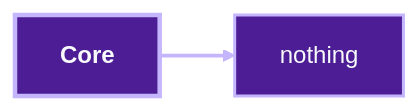
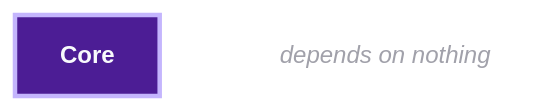
Diagram 17 of 42 in docs/architecture/system-dependencies.md (chetjones003/GoSurvey), drawn with Mermaid before and after one commit. The commit also changed other lines of this file and 3 other files, not shown here.

First line of the commit message:
tools: structure diagram generator and check it in CI

````diff
--- a/docs/architecture/system-dependencies.md
+++ b/docs/architecture/system-dependencies.md
@@ -450,9 +452,9 @@
 ```mermaid
 flowchart LR
   core__src["<b>Core</b>"]
-  core__none["nothing"]
-  core__src --> core__none
+  core__note["<i>depends on nothing</i>"]
+  core__src ~~~ core__note
   style core__src fill:#4c1d95,stroke:#c4b5fd,stroke-width:3px,color:#f8fafc
-  style core__none fill:#4c1d95,stroke:#c4b5fd,stroke-width:2px,color:#f8fafc
-  linkStyle 0 stroke:#c4b5fd,stroke-width:2.5px
+  style core__note fill:none,stroke:none,color:#a1a1aa
+  linkStyle 0 stroke:transparent,stroke-width:2.5px
 ```
````
